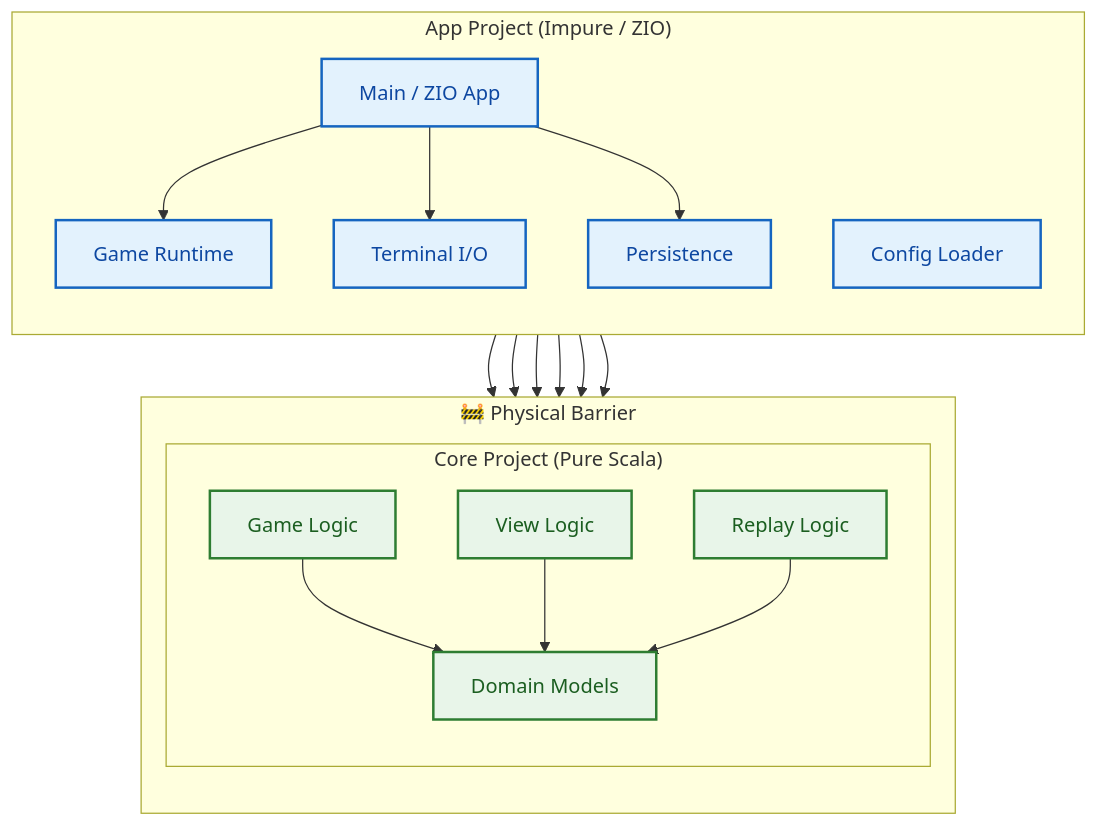
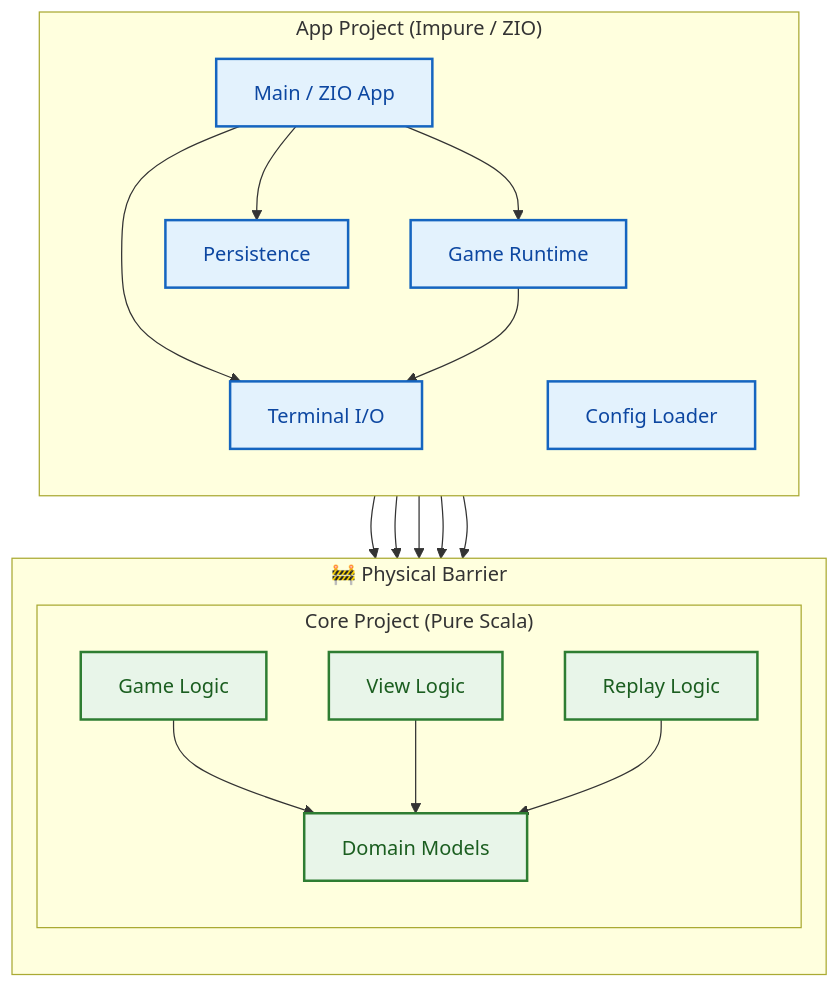
Before and after one commit to fffclaypool/monadris: the second of 3 diagrams in README.md, drawn with Mermaid.

Commit message:
docs: fix module dependency diagram (GameRuntime → Terminal → View)

````diff
--- a/README.md
+++ b/README.md
@@ -67,39 +67,39 @@
 ```mermaid
 graph TD
     %% Styles
     classDef pure fill:#e8f5e9,stroke:#2e7d32,stroke-width:2px,color:#1b5e20;
     classDef impure fill:#e3f2fd,stroke:#1565c0,stroke-width:2px,color:#0d47a1;
     classDef boundary fill:none,stroke:#90a4ae,stroke-width:2px,stroke-dasharray: 5 5;
 
     subgraph AppProject ["App Project (Impure / ZIO)"]
         direction TB
         Main["Main / ZIO App"]:::impure
         GameInfra["Game Runtime"]:::impure
         Terminal["Terminal I/O"]:::impure
         Persistence["Persistence"]:::impure
         ConfigLoader["Config Loader"]:::impure
     end
 
     subgraph Boundary ["🚧 Physical Barrier"]
         direction TB
         subgraph CoreProject ["Core Project (Pure Scala)"]
             Logic["Game Logic"]:::pure
             Domain["Domain Models"]:::pure
             View["View Logic"]:::pure
             Replay["Replay Logic"]:::pure
         end
     end
 
     Main --> GameInfra
     Main --> Terminal
     Main --> Persistence
     GameInfra --> Logic
-    GameInfra --> View
+    GameInfra --> Terminal
     GameInfra --> Replay
     Terminal --> View
     Persistence --> Replay
     Logic --> Domain
     View --> Domain
     Replay --> Domain
     ConfigLoader --> Domain
 ```
````
